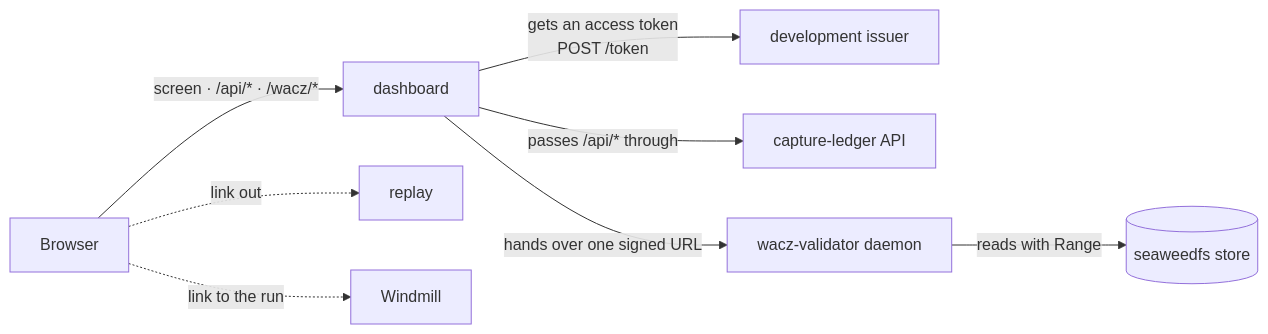
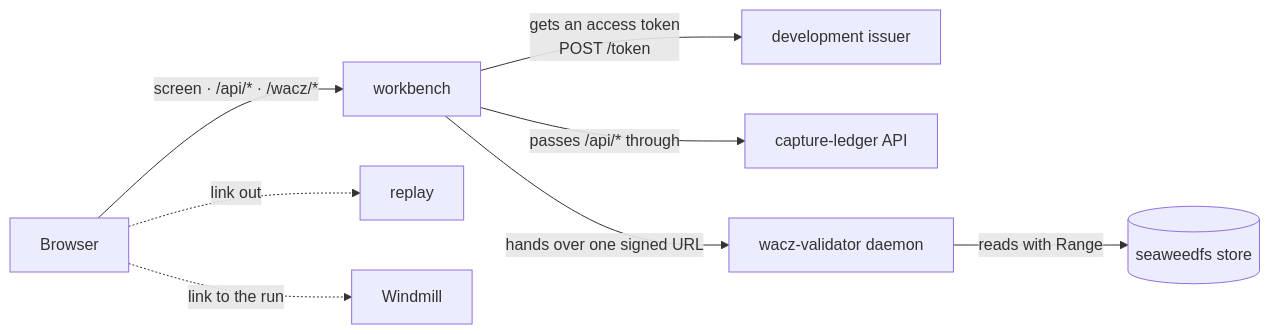
Before and after one commit to uraitakahito/capture-workbench: the diagram in docs-site/src/content/docs/index.md, drawn with Mermaid. The commit also changed other lines of this file and 59 other files, not shown here.

````diff
--- a/docs-site/src/content/docs/index.md
+++ b/docs-site/src/content/docs/index.md
@@ -28,10 +28,10 @@
 ```mermaid
 flowchart LR
-  B["Browser"] -->|"screen · /api/* · /wacz/*"| D["dashboard"]
+  B["Browser"] -->|"screen · /api/* · /wacz/*"| D["workbench"]
   D -->|"gets an access token<br/>POST /token"| I["development issuer"]
   D -->|"passes /api/* through"| L["capture-ledger API"]
   D -->|"hands over one signed URL"| V["wacz-validator daemon"]
   V -->|"reads with Range"| S[("seaweedfs store")]
   B -.->|"link out"| R["replay"]
   B -.->|"link to the run"| W["Windmill"]
 ```
````
